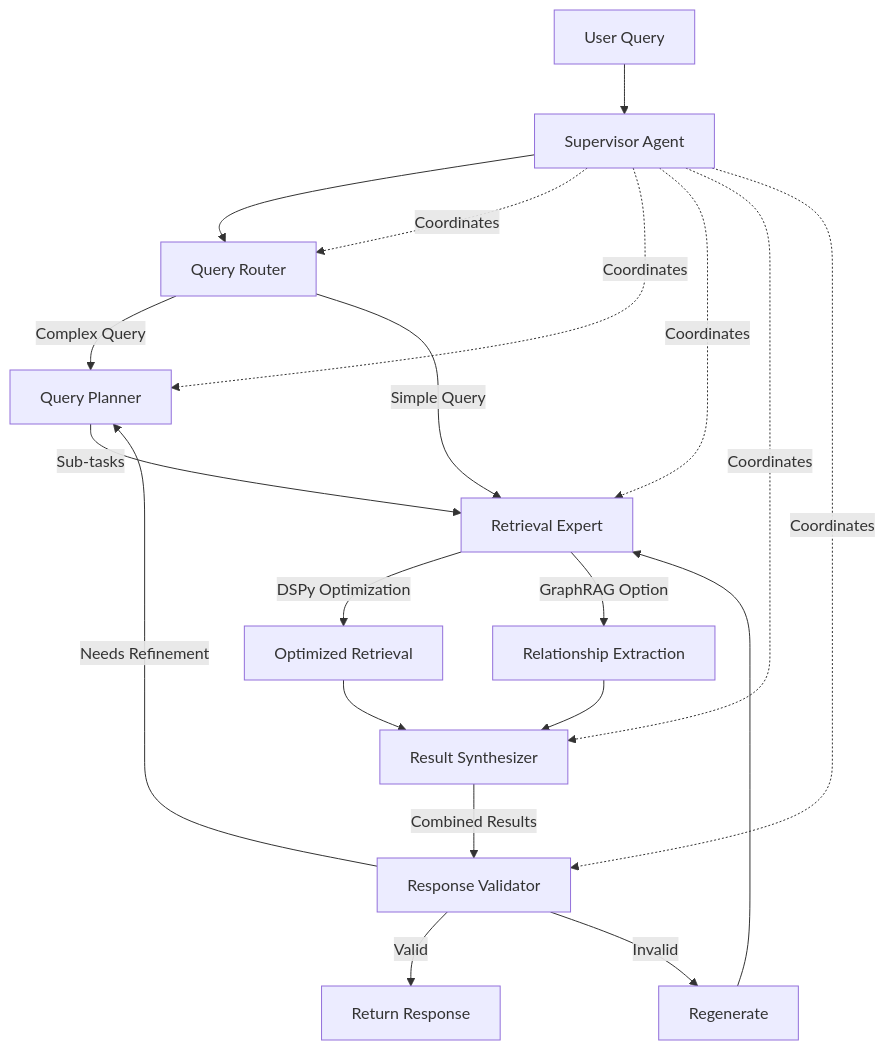
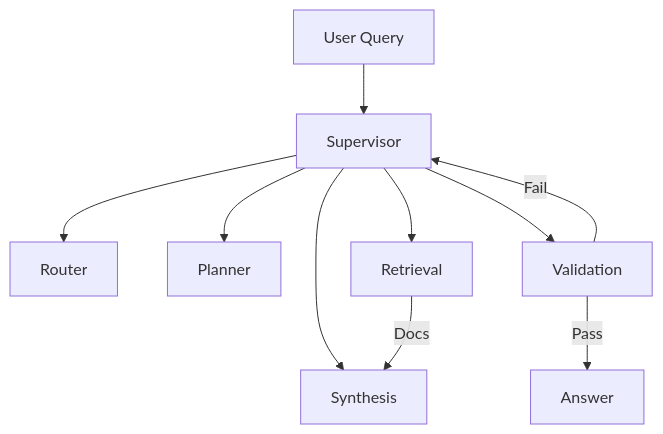
Before and after one commit to BjornMelin/docmind-ai-llm: the diagram in docs/developers/adrs/ADR-001-modern-agentic-rag-architecture.md, drawn with Mermaid. The commit also changed other lines of this file and 10 other files, not shown here.

````diff
--- a/docs/developers/adrs/ADR-001-modern-agentic-rag-architecture.md
+++ b/docs/developers/adrs/ADR-001-modern-agentic-rag-architecture.md
@@ -106,25 +57,12 @@
 ```mermaid
 graph TD
-    A[User Query] --> B[Supervisor Agent]
-    B --> C[Query Router]
-    C -->|Complex Query| D[Query Planner]
-    C -->|Simple Query| E[Retrieval Expert]
-    
-    D -->|Sub-tasks| E
-    E -->|DSPy Optimization| F[Optimized Retrieval]
-    E -->|GraphRAG Option| G[Relationship Extraction]
-    
-    F --> H[Result Synthesizer]
-    G --> H
-    
-    H -->|Combined Results| I[Response Validator]
-    I -->|Valid| J[Return Response]
-    I -->|Invalid| K[Regenerate] --> E
-    I -->|Needs Refinement| D
-    
-    B -.->|Coordinates| C
-    B -.->|Coordinates| D
-    B -.->|Coordinates| E
-    B -.->|Coordinates| H
-    B -.->|Coordinates| I
+  U[User Query] --> S[Supervisor]
+  S --> R[Router]
+  S --> P[Planner]
+  S --> T[Retrieval]
+  S --> Y[Synthesis]
+  S --> V[Validation]
+  T -->|Docs| Y
+  V -->|Pass| O[Answer]
+  V -->|Fail| S
 ```
````
